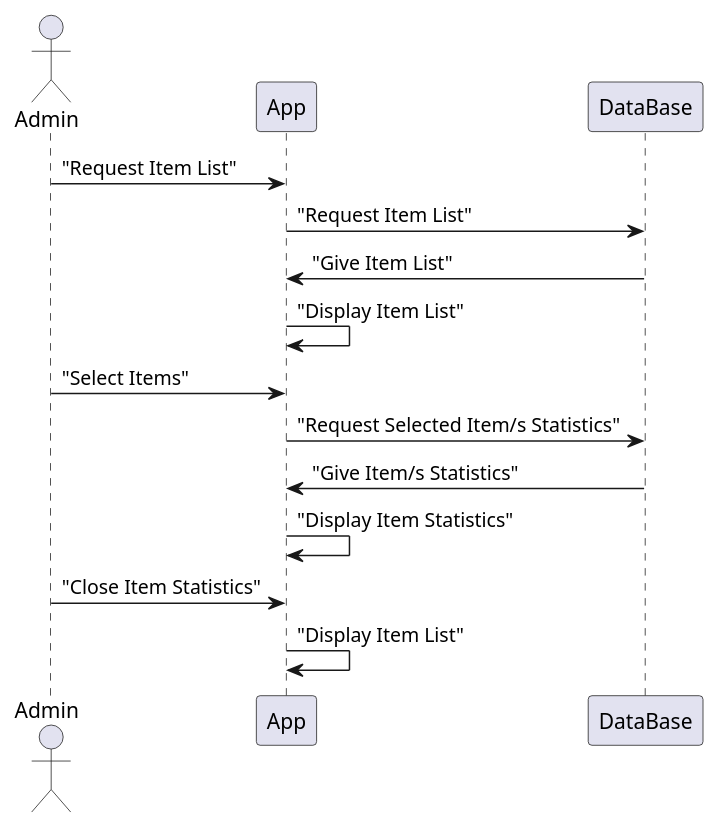
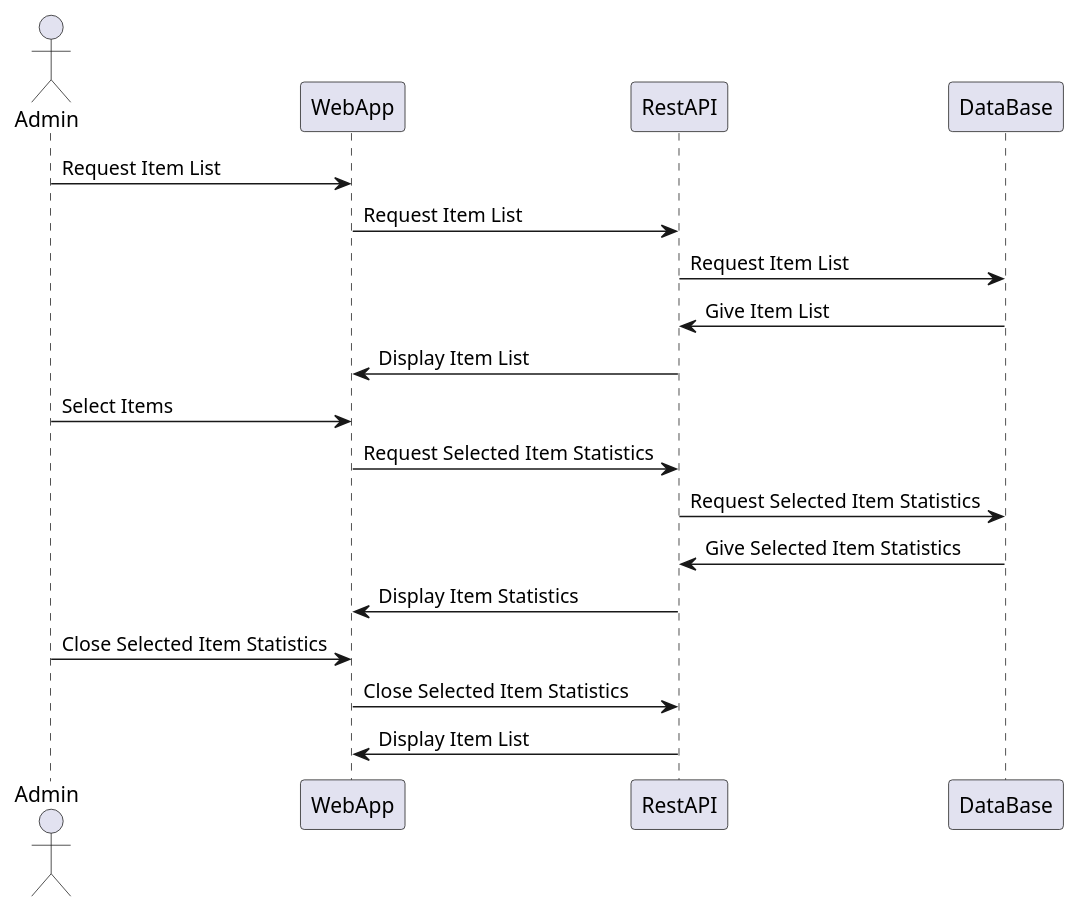
Before and after one commit to Arquisoft/dede_es3c: the third of 4 diagrams in docs/06_runtime_view.adoc, drawn with PlantUML. The commit also changed other lines of this file, not shown here.

First line of the commit message:
Corrección diagramas de estado

```diff
--- a/docs/06_runtime_view.adoc
+++ b/docs/06_runtime_view.adoc
@@ -80,17 +83,21 @@
 [plantuml,"(Admin) View Item Statistics",png]
 ----
 actor Admin
-participant App
+participant WebApp
+participant RestAPI
 participant DataBase
 
-Admin -> App: "Request Item List"
-App -> DataBase: "Request Item List"
-DataBase -> App: "Give Item List"
-App -> App: "Display Item List"
-Admin -> App: "Select Items"
-App -> DataBase: "Request Selected Item/s Statistics"
-DataBase -> App: "Give Item/s Statistics"
-App -> App: "Display Item Statistics"
-Admin -> App: "Close Item Statistics"
-App -> App: "Display Item List"
+Admin -> WebApp: Request Item List
+WebApp -> RestAPI: Request Item List
+RestAPI -> DataBase: Request Item List
+DataBase -> RestAPI: Give Item List
+RestAPI -> WebApp: Display Item List
+Admin -> WebApp: Select Items
+WebApp -> RestAPI: Request Selected Item Statistics
+RestAPI -> DataBase: Request Selected Item Statistics
+DataBase -> RestAPI: Give Selected Item Statistics
+RestAPI -> WebApp: Display Item Statistics
+Admin -> WebApp: Close Selected Item Statistics
+WebApp -> RestAPI: Close Selected Item Statistics
+RestAPI -> WebApp: Display Item List
 ----
```
